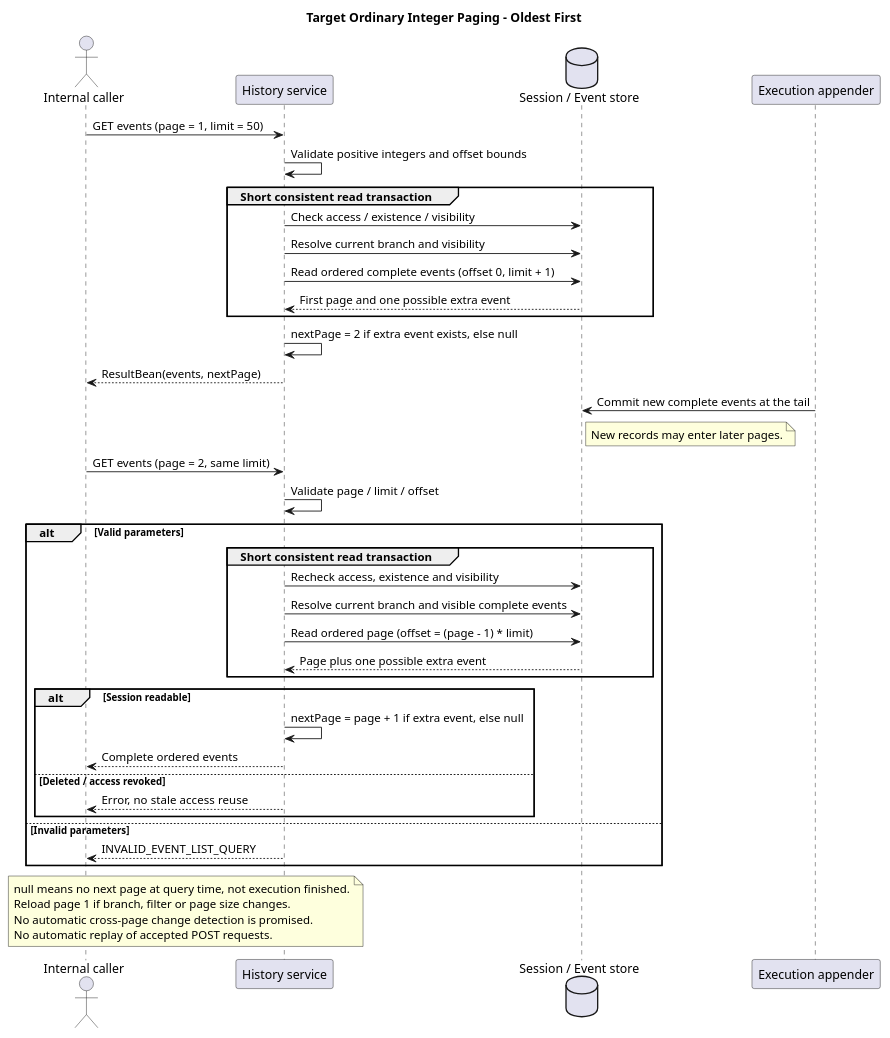
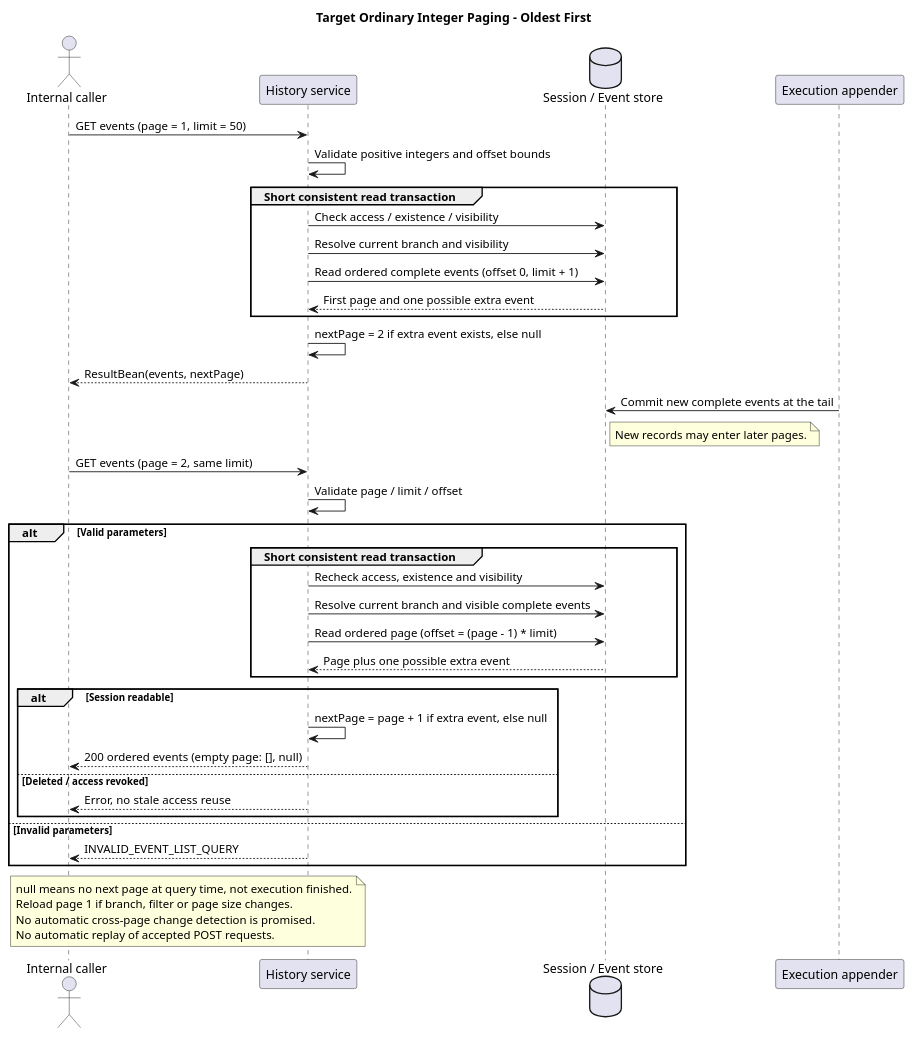
The second of 2 diagrams in 01-总体架构/01-CampusClaw多Agent运行时/设计图/事件历史查询/diagram.puml (ssm0808/pi-mono-java-design), drawn with PlantUML before and after one commit. The commit also changed 10 other files, not shown here.

```diff
--- a/01-总体架构/01-CampusClaw多Agent运行时/设计图/事件历史查询/diagram.puml
+++ b/01-总体架构/01-CampusClaw多Agent运行时/设计图/事件历史查询/diagram.puml
@@ -56,49 +56,49 @@
 @startuml target_event_history_paging
 title Target Ordinary Integer Paging - Oldest First
 ' Source baseline: pi-mono-java dfb90cac4e233e09a0b8f047f7e9f4682f5ad238
 ' Source: campusclaw/src/main/resources/mapper/session/RuntimeSessionMapper.xml, listCurrentBranch.
 ' Source: campusclaw/src/main/java/com/huawei/hicampus/claw/codingagent/runtimeapi/event/RuntimeEventQueryService.java, list/pageOf.
 ' Observed behavior: each current query resolves active_leaf_id again.
 ' Design reason: user approved ordinary pages without cross-request snapshots.
-' Target-only: default 50, max 200, events/nextPage confirmed; empty-page errors pending.
+' Target-only: default 50, max 200, events/nextPage and empty-page success confirmed.
 actor "Internal caller" as C
 participant "History service" as Q
 database "Session / Event store" as D
 participant "Execution appender" as A
 C -> Q : GET events (page = 1, limit = 50)
 Q -> Q : Validate positive integers and offset bounds
 group Short consistent read transaction
   Q -> D : Check access / existence / visibility
   Q -> D : Resolve current branch and visibility
   Q -> D : Read ordered complete events (offset 0, limit + 1)
   D --> Q : First page and one possible extra event
 end
 Q -> Q : nextPage = 2 if extra event exists, else null
 Q --> C : ResultBean(events, nextPage)
 A -> D : Commit new complete events at the tail
 note right of D : New records may enter later pages.
 C -> Q : GET events (page = 2, same limit)
 Q -> Q : Validate page / limit / offset
 alt Valid parameters
   group Short consistent read transaction
     Q -> D : Recheck access, existence and visibility
     Q -> D : Resolve current branch and visible complete events
     Q -> D : Read ordered page (offset = (page - 1) * limit)
     D --> Q : Page plus one possible extra event
   end
   alt Session readable
     Q -> Q : nextPage = page + 1 if extra event, else null
-    Q --> C : Complete ordered events
+    Q --> C : 200 ordered events (empty page: [], null)
   else Deleted / access revoked
     Q --> C : Error, no stale access reuse
   end
 else Invalid parameters
   Q --> C : INVALID_EVENT_LIST_QUERY
 end
 note over C,Q
   null means no next page at query time, not execution finished.
   Reload page 1 if branch, filter or page size changes.
   No automatic cross-page change detection is promised.
   No automatic replay of accepted POST requests.
 end note
 @enduml
```
